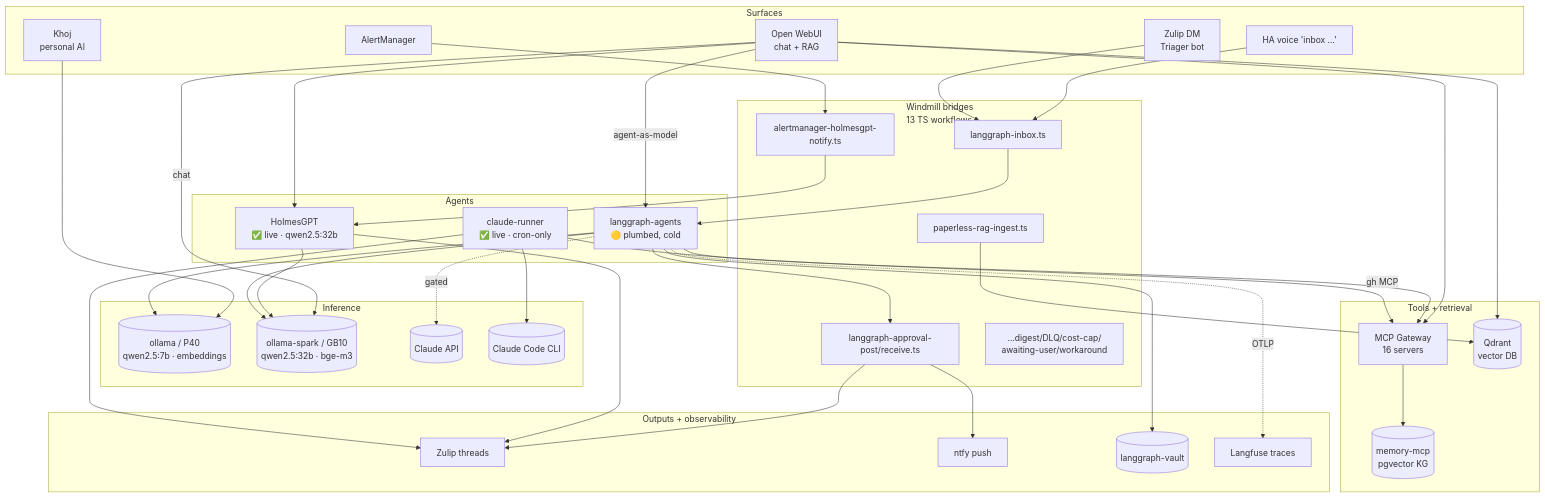
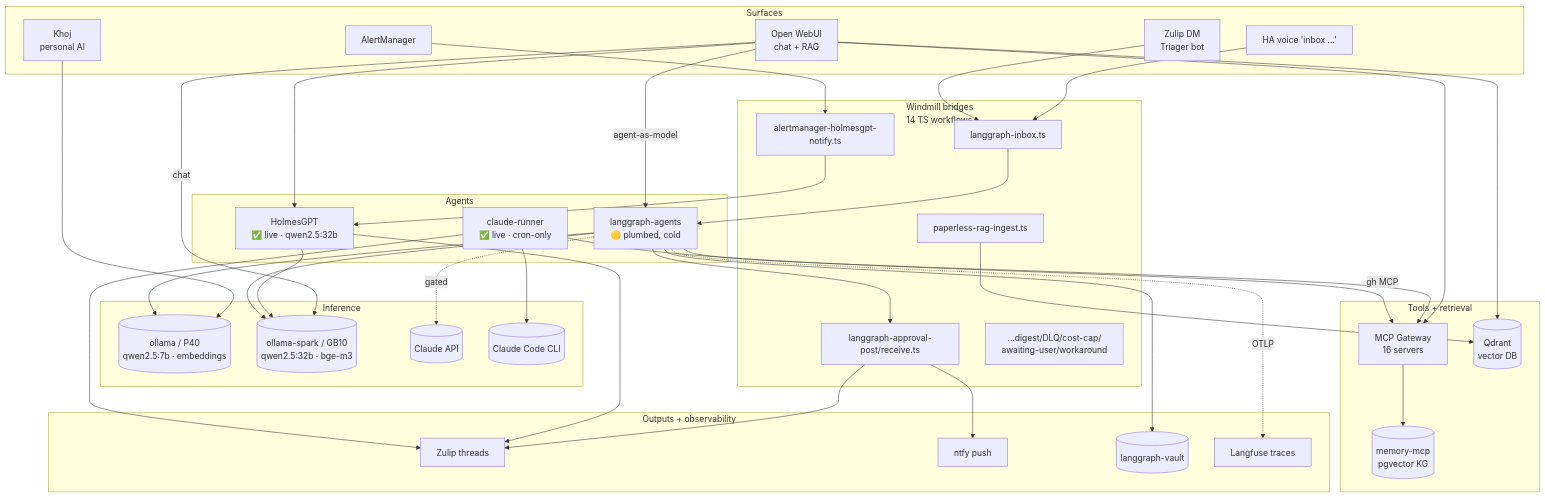
One commit to rwlove/home-ops changed the second of 3 diagrams in README.md. Above: the diagram before and after it, drawn with Mermaid. The commit also changed other lines of this file and 1 other file, not shown here.

````diff
--- a/README.md
+++ b/README.md
@@ -317,67 +317,67 @@
 ```mermaid
 flowchart TB
     subgraph Surfaces[Surfaces]
         OWUI[Open WebUI<br/>chat + RAG]
         Khoj[Khoj<br/>personal AI]
         Voice[HA voice 'inbox …']
         ZulipDM[Zulip DM<br/>Triager bot]
         AM[AlertManager]
     end
 
-    subgraph Bridges[Windmill bridges<br/>13 TS workflows]
+    subgraph Bridges[Windmill bridges<br/>14 TS workflows]
         WInbox[langgraph-inbox.ts]
         WAlert[alertmanager-holmesgpt-notify.ts]
         WApprove[langgraph-approval-post/receive.ts]
         WPaperless[paperless-rag-ingest.ts]
         WOther[…digest/DLQ/cost-cap/<br/>awaiting-user/workaround]
     end
 
     subgraph Agents[Agents]
         Holmes[HolmesGPT<br/>✅ live · qwen2.5:32b]
         LG[langgraph-agents<br/>🟡 plumbed, cold]
         CR[claude-runner<br/>✅ live · cron-only]
     end
 
     subgraph Inference[Inference]
         OllamaP40[(ollama / P40<br/>qwen2.5:7b · embeddings)]
         OllamaSpark[(ollama-spark / GB10<br/>qwen2.5:32b · bge-m3)]
         Claude[(Claude API)]
         CC[(Claude Code CLI)]
     end
 
     subgraph Tools[Tools + retrieval]
         Gw[MCP Gateway<br/>16 servers]
         Q[(Qdrant<br/>vector DB)]
         Mem[(memory-mcp<br/>pgvector KG)]
     end
 
     subgraph Outputs[Outputs + observability]
         Zulip[Zulip threads]
         Ntfy[ntfy push]
         Vault[(langgraph-vault)]
         LF[Langfuse traces]
     end
 
     Voice --> WInbox --> LG
     ZulipDM --> WInbox
     OWUI -->|chat| OllamaSpark
     OWUI -->|agent-as-model| LG
     OWUI --> Gw
     OWUI --> Holmes
     OWUI --> Q
     Khoj --> OllamaP40
     AM --> WAlert --> Holmes
     Holmes --> OllamaSpark
     LG --> OllamaSpark
     LG --> OllamaP40
     LG -.->|gated| Claude
     LG --> Gw --> Mem
     LG -.->|OTLP| LF
     WPaperless --> Q
     CR --> CC
     CR -->|gh MCP| Gw
     LG --> WApprove --> Zulip & Ntfy
     LG --> Vault
     Holmes --> Zulip
     CR --> Zulip
 ```
````
